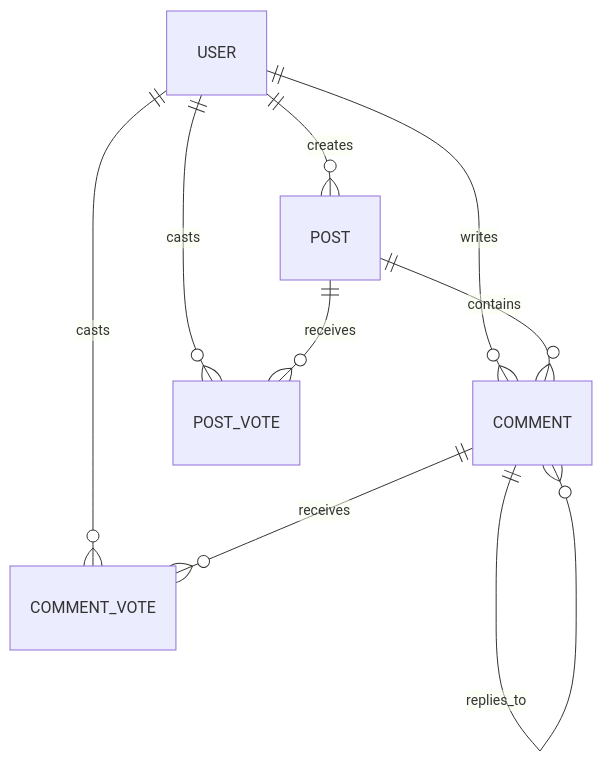
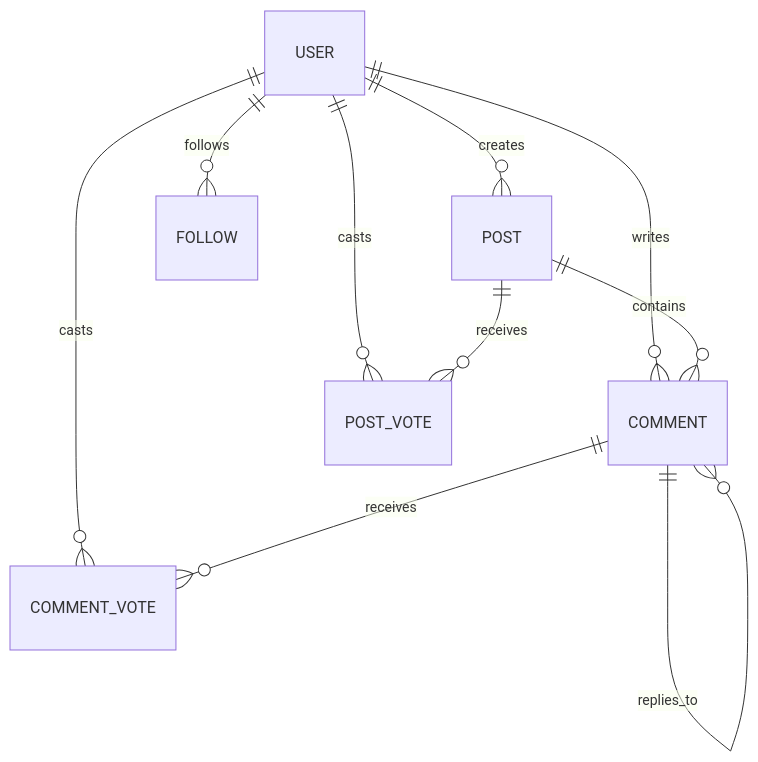
Before and after one commit to Devesh-Choube/DevConnect-: the second of 2 diagrams in README.md, drawn with Mermaid. The commit also changed other lines of this file, not shown here.

````diff
--- a/README.md
+++ b/README.md
@@ -191,13 +189,14 @@
 ```mermaid
 erDiagram
     USER ||--o{ POST : creates
     USER ||--o{ COMMENT : writes
     USER ||--o{ POST_VOTE : casts
     USER ||--o{ COMMENT_VOTE : casts
+    USER ||--o{ FOLLOW : follows
 
     POST ||--o{ COMMENT : contains
     POST ||--o{ POST_VOTE : receives
 
     COMMENT ||--o{ COMMENT_VOTE : receives
     COMMENT ||--o{ COMMENT : replies_to
 ```
````
